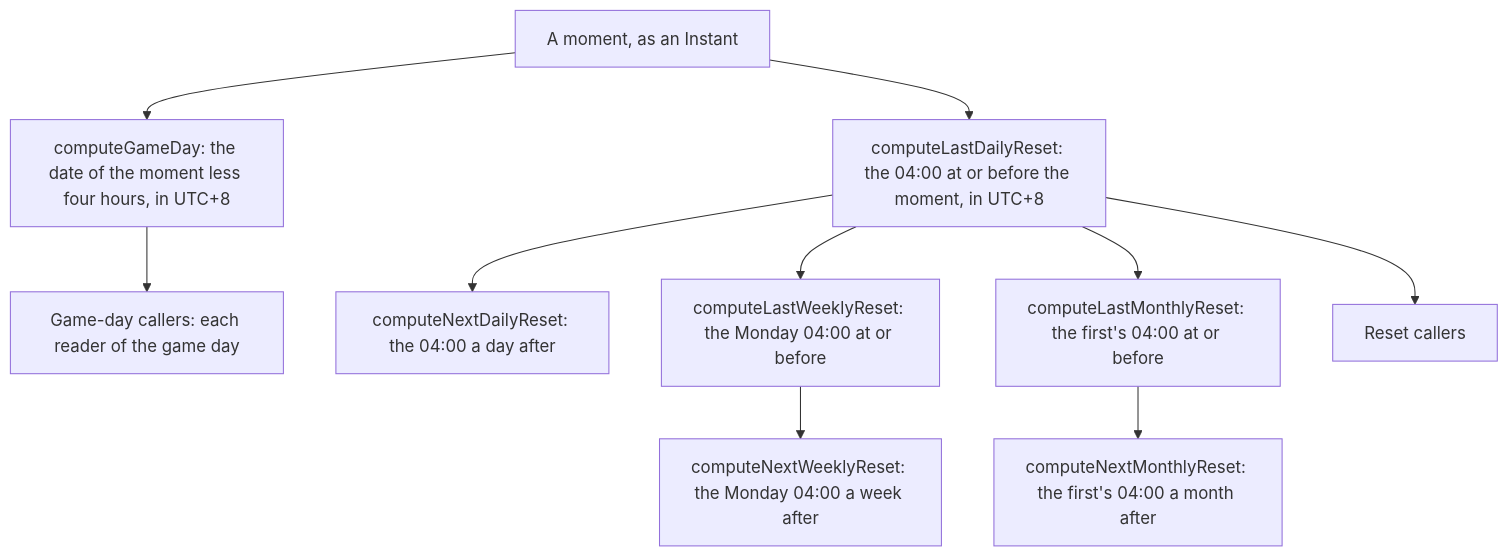
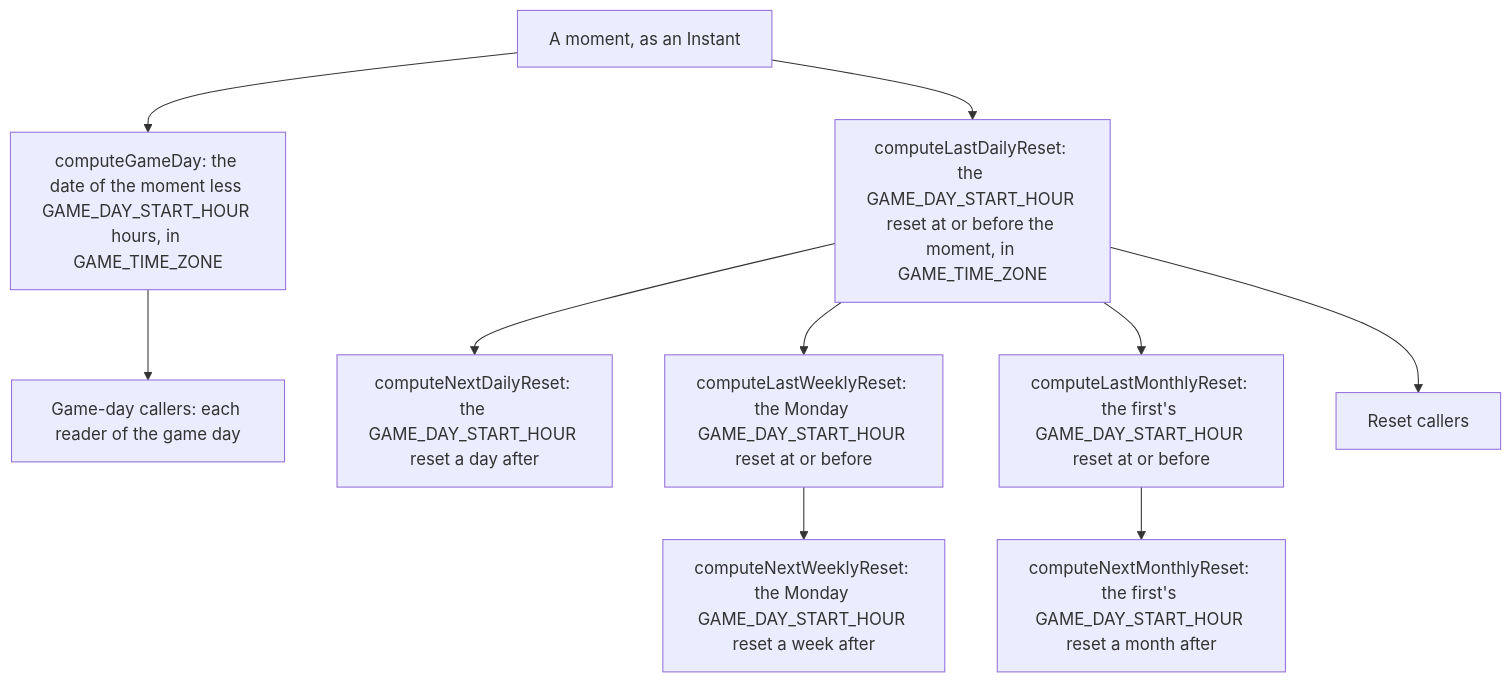
Before and after one commit to Esposter/Esposter: the diagram in openspec/specs/genshin/reset-clock/design.md, drawn with Mermaid. The commit also changed other lines of this file and 7 other files, not shown here.

````diff
--- a/openspec/specs/genshin/reset-clock/design.md
+++ b/openspec/specs/genshin/reset-clock/design.md
@@ -7,12 +7,12 @@
 ```mermaid
 flowchart TD
-  T["A moment, as an Instant"] --> GD["computeGameDay: the date of the moment less four hours, in UTC+8"]
-  T --> LD["computeLastDailyReset: the 04:00 at or before the moment, in UTC+8"]
-  LD --> ND["computeNextDailyReset: the 04:00 a day after"]
-  LD --> LW["computeLastWeeklyReset: the Monday 04:00 at or before"]
-  LW --> NW["computeNextWeeklyReset: the Monday 04:00 a week after"]
-  LD --> LM["computeLastMonthlyReset: the first's 04:00 at or before"]
-  LM --> NM["computeNextMonthlyReset: the first's 04:00 a month after"]
+  T["A moment, as an Instant"] --> GD["computeGameDay: the date of the moment less GAME_DAY_START_HOUR hours, in GAME_TIME_ZONE"]
+  T --> LD["computeLastDailyReset: the GAME_DAY_START_HOUR reset at or before the moment, in GAME_TIME_ZONE"]
+  LD --> ND["computeNextDailyReset: the GAME_DAY_START_HOUR reset a day after"]
+  LD --> LW["computeLastWeeklyReset: the Monday GAME_DAY_START_HOUR reset at or before"]
+  LW --> NW["computeNextWeeklyReset: the Monday GAME_DAY_START_HOUR reset a week after"]
+  LD --> LM["computeLastMonthlyReset: the first's GAME_DAY_START_HOUR reset at or before"]
+  LM --> NM["computeNextMonthlyReset: the first's GAME_DAY_START_HOUR reset a month after"]
   GD --> G["Game-day callers: each reader of the game day"]
   LD --> D["Reset callers"]
 ```
````
